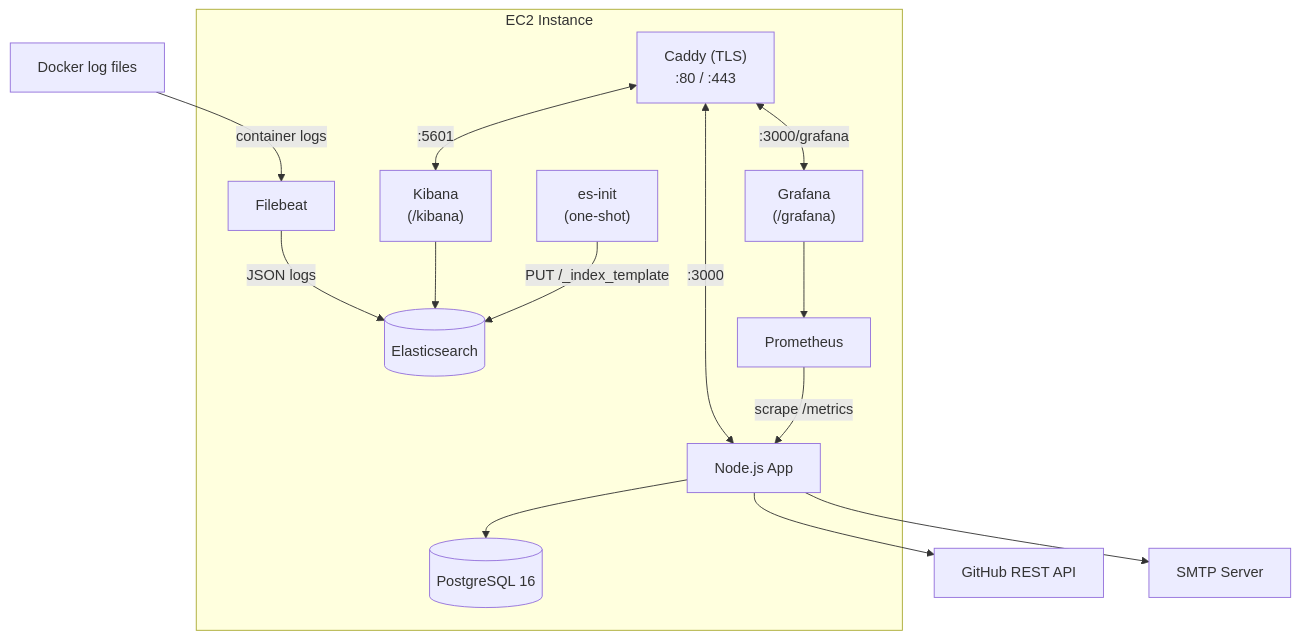
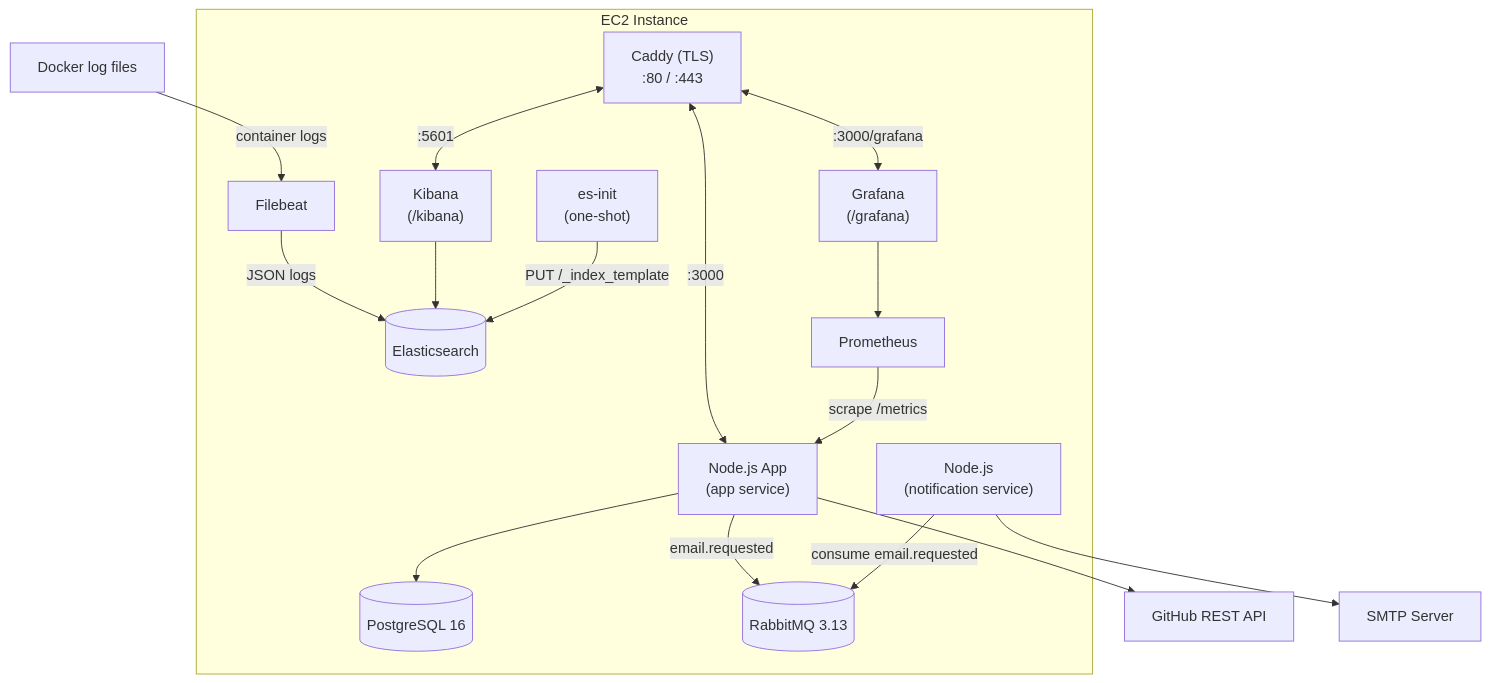
The second of 6 diagrams in docs/system-design.md (GenesisEducationKyiv/software-engineering-school-6-0-Hradivnyk), drawn with Mermaid before and after one commit. The commit also changed other lines of this file, not shown here.

Commit message:
docs: update system design documentation to reflect new architecture

````diff
--- a/docs/system-design.md
+++ b/docs/system-design.md
@@ -135,27 +148,31 @@
 ```mermaid
 flowchart TB
     subgraph EC2["EC2 Instance"]
         Caddy["Caddy (TLS)\n:80 / :443"]
-        App["Node.js App"]
+        App["Node.js App\n(app service)"]
+        Notification["Node.js\n(notification service)"]
         PG[("PostgreSQL 16")]
+        RabbitMQ[("RabbitMQ 3.13")]
         Filebeat["Filebeat"]
         ES[("Elasticsearch")]
         Kibana["Kibana\n(/kibana)"]
         ESInit["es-init\n(one-shot)"]
         Caddy <-->|":3000"| App
         Caddy <-->|":5601"| Kibana
         Caddy <-->|":3000/grafana"| Grafana["Grafana\n(/grafana)"]
         App --> PG
+        App -->|"email.requested"| RabbitMQ
+        Notification -->|"consume email.requested"| RabbitMQ
         Filebeat -->|"JSON logs"| ES
         Kibana --> ES
         ESInit -->|"PUT /_index_template"| ES
         Prometheus["Prometheus"] -->|"scrape /metrics"| App
         Grafana --> Prometheus
     end
     GitHub["GitHub REST API"]
     SMTP["SMTP Server"]
     Docker["Docker log files"]
     App --> GitHub
-    App --> SMTP
+    Notification --> SMTP
     Docker -->|"container logs"| Filebeat
 ```
````
